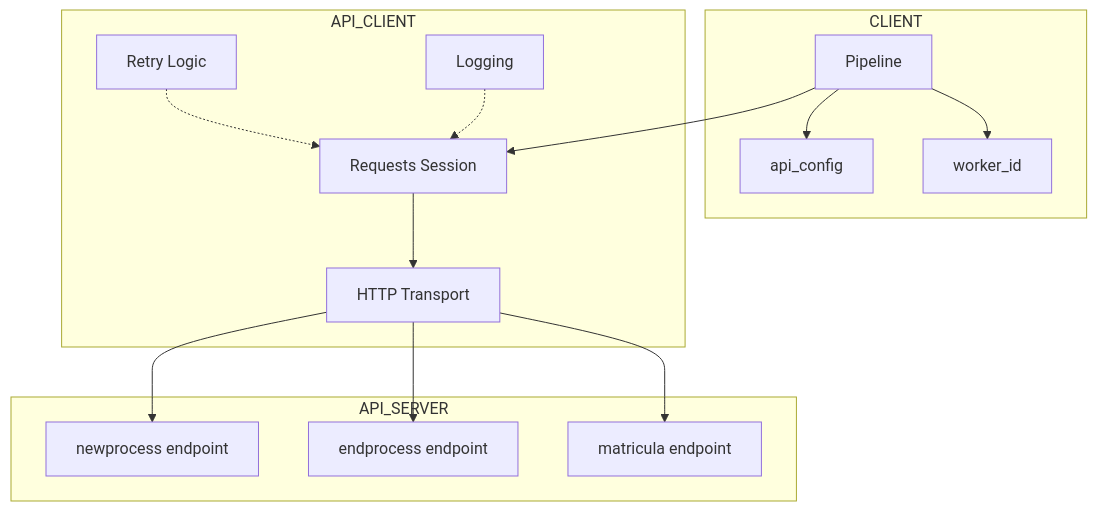
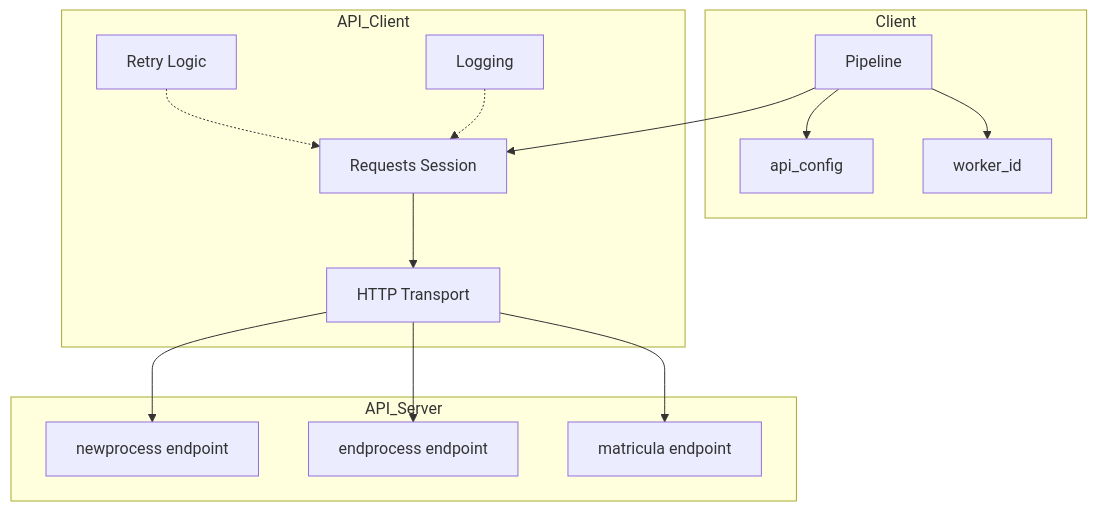
One commit to wisrovi/wpipe changed the first of 4 diagrams in examples/api_pipeline/README.md. Above: the diagram before and after it, drawn with Mermaid. The commit also changed other lines of this file and 8 other files, not shown here.

First line of the commit message:
Fix README files: English text and Mermaid diagrams

````diff
--- a/examples/api_pipeline/README.md
+++ b/examples/api_pipeline/README.md
@@ -17,29 +17,31 @@
 ```mermaid
 graph TB
-    subgraph CLIENT
+    subgraph Client
         P[Pipeline]
         AC[api_config]
         WC[worker_id]
     end
     
-    subgraph API_CLIENT
+    subgraph API_Client
         RS[Requests Session]
         HT[HTTP Transport]
         RL[Retry Logic]
         LG[Logging]
     end
     
-    subgraph API_SERVER
+    subgraph API_Server
         NW[newprocess endpoint]
         EW[endprocess endpoint]
         MR[matricula endpoint]
     end
     
     P --> AC
     P --> WC
     P --> RS
     RS --> HT
-    HT --> NW & EW & MR
+    HT --> NW
+    HT --> EW
+    HT --> MR
     RL -.-> RS
     LG -.-> RS
 ```
````
